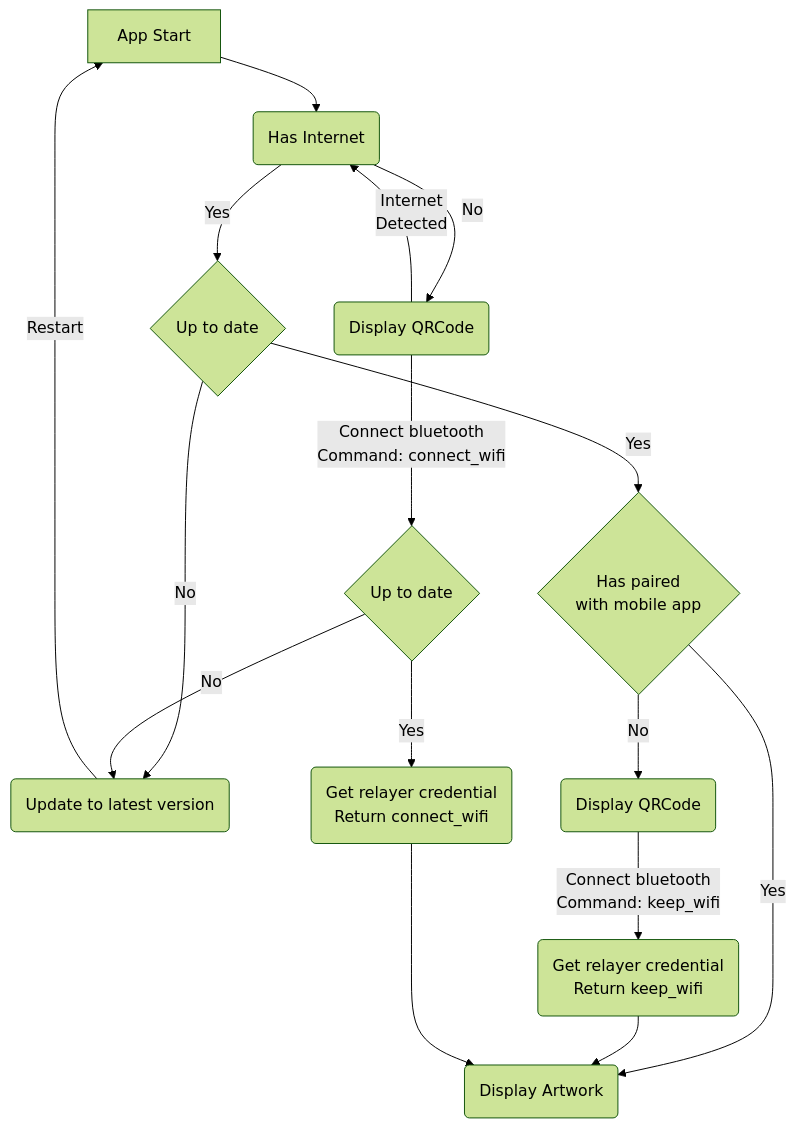
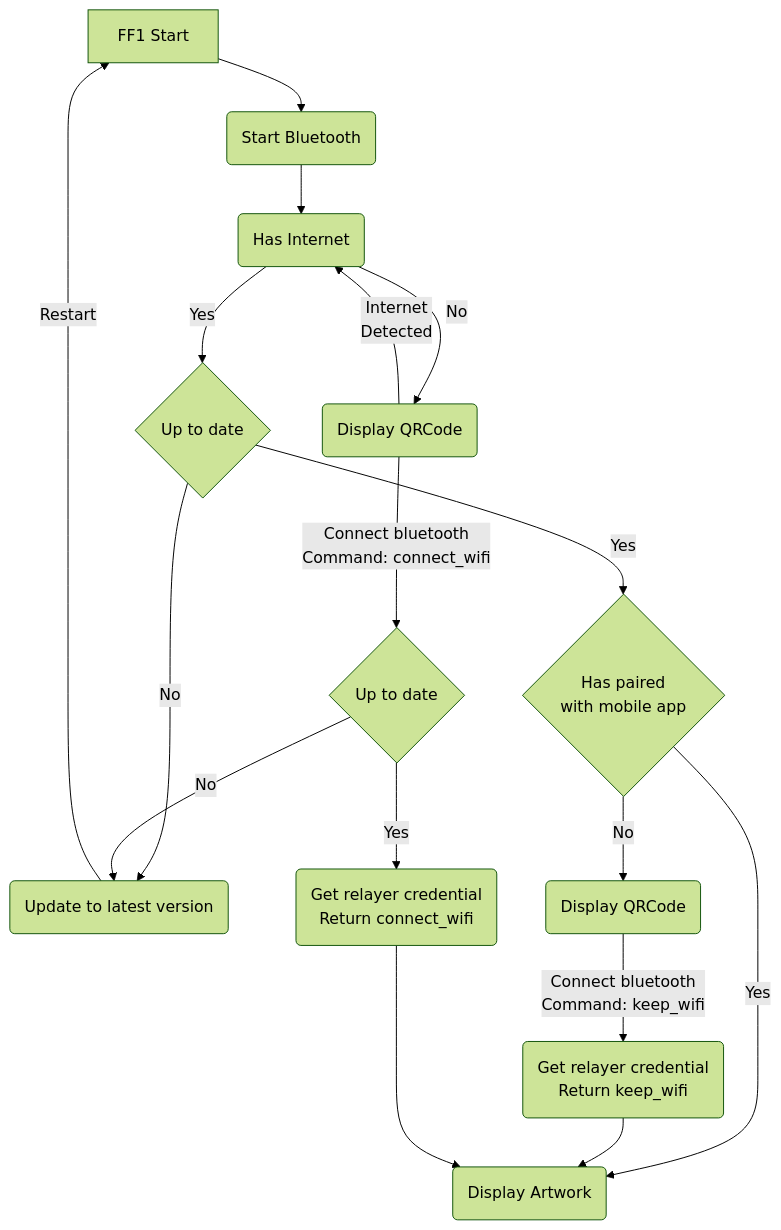
Before and after one commit to Feral-File/feralfile-device: the first of 2 diagrams in components/feral-setupd/README.md, drawn with Mermaid (forest theme). The commit also changed other lines of this file, not shown here.

Commit message:
[setupd] fix the diagram a little

````diff
--- a/components/feral-setupd/README.md
+++ b/components/feral-setupd/README.md
@@ -5,21 +5,22 @@
 ```mermaid
 flowchart TD
-    AppStart[App Start] --> HasInternet(Has Internet)
+    FF1Start[FF1 Start] --> Bluetooth(Start Bluetooth)
+    Bluetooth --> HasInternet(Has Internet)
 
     HasInternet --> |No| QRCode1(Display QRCode)
     HasInternet --> |Yes| UpToDate1{Up to date}
 
     UpToDate1 --> |No| Update(Update to latest version)
     UpToDate1 --> |Yes| Paired{Has paired<br/>with mobile app}
-    Update --> |Restart| AppStart
+    Update --> |Restart| FF1Start
     Paired --> |No| QRCode2(Display QRCode)
     Paired --> |Yes| Artwork(Display Artwork)
     QRCode2 --> |Connect bluetooth<br/>Command: keep_wifi| Relayer1(Get relayer credential<br/>Return keep_wifi)
     Relayer1 --> Artwork
 
     QRCode1 --> |Internet<br/>Detected| HasInternet
     QRCode1 --> |Connect bluetooth<br/>Command: connect_wifi| UpToDate2{Up to date}
     UpToDate2 --> |No| Update
     UpToDate2 --> |Yes| Relayer2(Get relayer credential<br/>Return connect_wifi)
     Relayer2 --> Artwork
 ```
````
